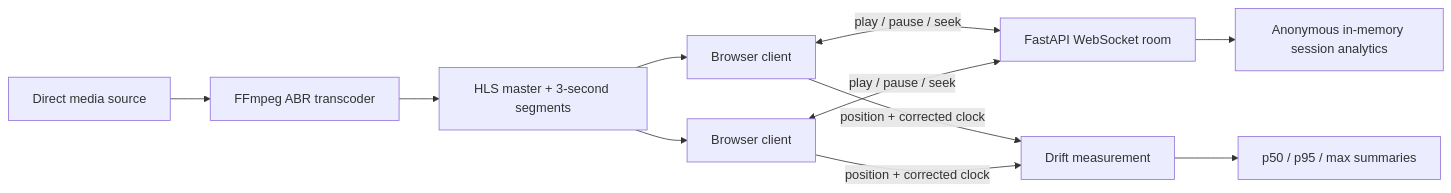
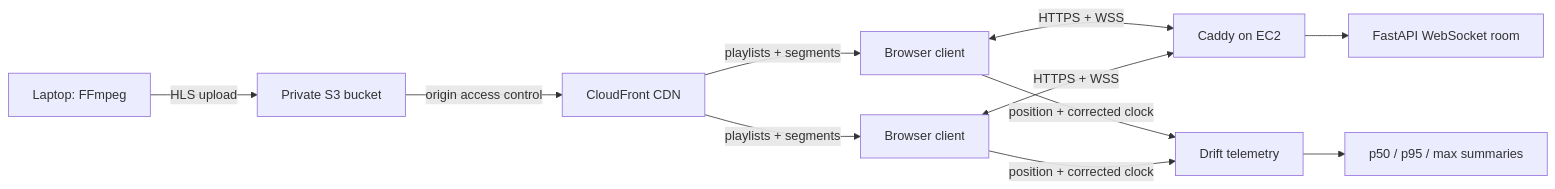
One commit to youssefabdelhafez04/watch-party-sync changed the diagram in README.md. Above: the diagram before and after it, drawn with Mermaid. The commit also changed other lines of this file and 5 other files, not shown here.

````diff
--- a/README.md
+++ b/README.md
@@ -19,13 +21,13 @@
 ```mermaid
 flowchart LR
-    S[Direct media source] --> F[FFmpeg ABR transcoder]
-    F --> H[HLS master + 3-second segments]
-    H --> C1[Browser client]
-    H --> C2[Browser client]
-    C1 <-->|play / pause / seek| W[FastAPI WebSocket room]
-    C2 <-->|play / pause / seek| W
-    C1 -->|position + corrected clock| M[Drift measurement]
+    L[Laptop: FFmpeg] -->|HLS upload| S[Private S3 bucket]
+    S -->|origin access control| C[CloudFront CDN]
+    C -->|playlists + segments| C1[Browser client]
+    C -->|playlists + segments| C2[Browser client]
+    C1 <-->|HTTPS + WSS| P[Caddy on EC2]
+    C2 <-->|HTTPS + WSS| P
+    P --> W[FastAPI WebSocket room]
+    C1 -->|position + corrected clock| M[Drift telemetry]
     C2 -->|position + corrected clock| M
-    M --> P[p50 / p95 / max summaries]
-    W --> A[Anonymous in-memory session analytics]
+    M --> A[p50 / p95 / max summaries]
 ```
````
